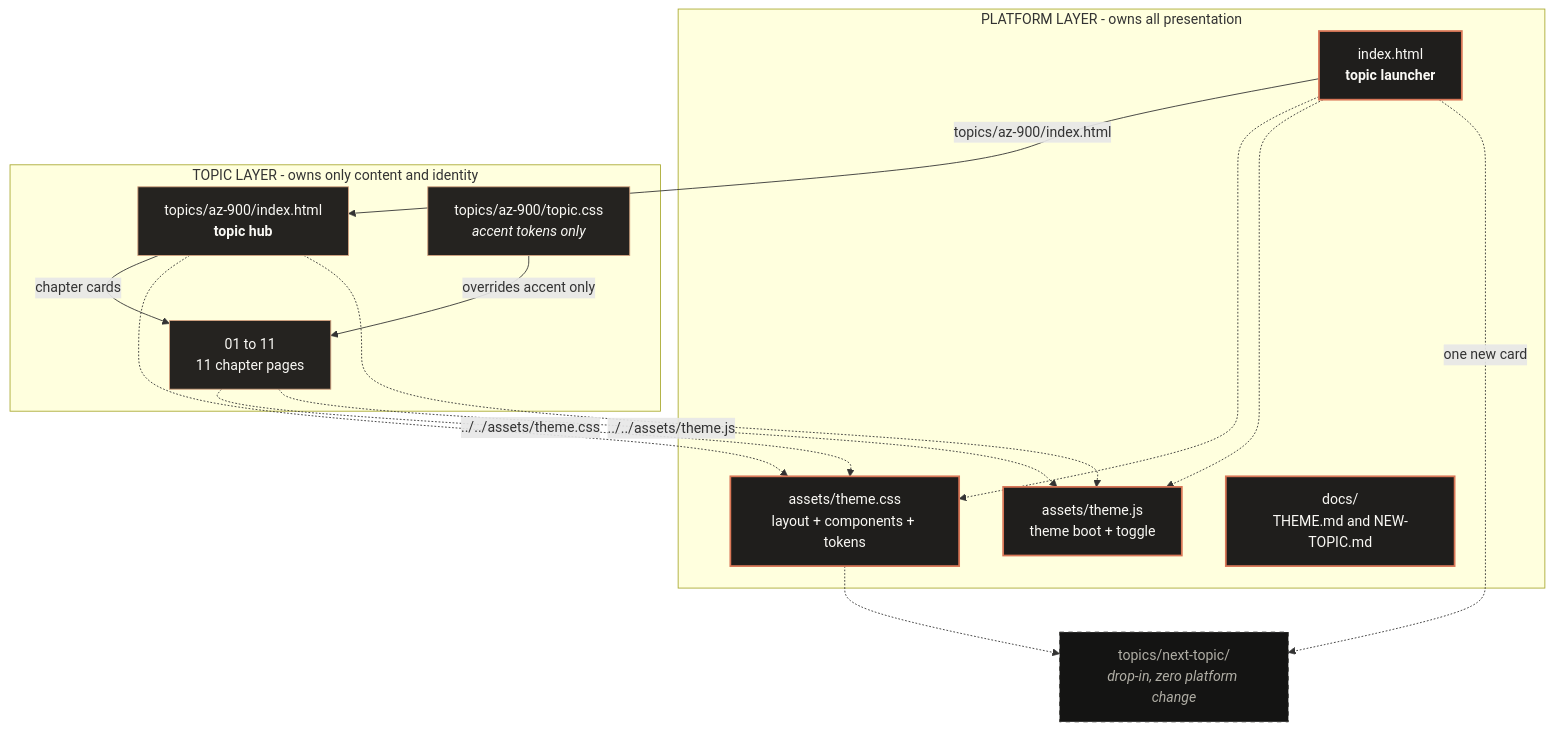
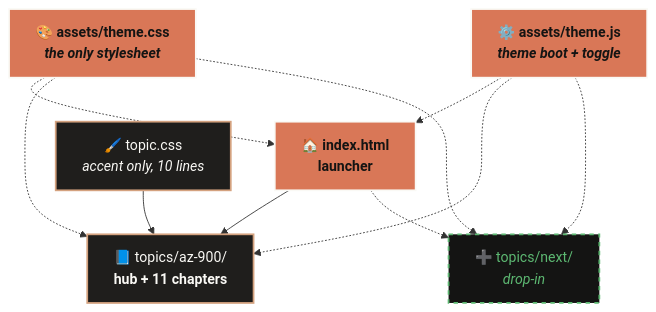
One commit to debsumar/Debanjans-learning-system changed the first of 3 diagrams in README.md. Above: the diagram before and after it, drawn with Mermaid. The commit also changed other lines of this file, not shown here.

````diff
--- a/README.md
+++ b/README.md
@@ -100,36 +32,22 @@
 ```mermaid
 graph TD
-  subgraph PLATFORM["PLATFORM LAYER - owns all presentation"]
-    LAUNCH["index.html<br/><b>topic launcher</b>"]
-    CSS["assets/theme.css<br/>layout + components + tokens"]
-    JS["assets/theme.js<br/>theme boot + toggle"]
-    DOCS["docs/<br/>THEME.md and NEW-TOPIC.md"]
-  end
+  L["🏠 index.html<br/><b>launcher</b>"]
+  C["🎨 assets/theme.css<br/><i>the only stylesheet</i>"]
+  J["⚙️ assets/theme.js<br/><i>theme boot + toggle</i>"]
+  H["📘 topics/az-900/<br/><b>hub + 11 chapters</b>"]
+  T["🖌️ topic.css<br/><i>accent only, 10 lines</i>"]
+  F["➕ topics/next/<br/><i>drop-in</i>"]
 
-  subgraph TOPIC["TOPIC LAYER - owns only content and identity"]
-    HUB["topics/az-900/index.html<br/><b>topic hub</b>"]
-    TCSS["topics/az-900/topic.css<br/><i>accent tokens only</i>"]
-    P1["01 to 11<br/>11 chapter pages"]
-  end
+  L --> H
+  L -.-> F
+  C -.-> L & H & F
+  J -.-> L & H & F
+  T --> H
 
-  FUTURE["topics/next-topic/<br/><i>drop-in, zero platform change</i>"]
-
-  LAUNCH -->|"topics/az-900/index.html"| HUB
-  HUB -->|"chapter cards"| P1
-  P1 -.->|"../../assets/theme.css"| CSS
-  P1 -.->|"../../assets/theme.js"| JS
-  HUB -.-> CSS
-  HUB -.-> JS
-  LAUNCH -.-> CSS
-  LAUNCH -.-> JS
-  TCSS -->|"overrides accent only"| P1
-  LAUNCH -.->|"one new card"| FUTURE
-  CSS -.-> FUTURE
-
-  classDef plat fill:#1f1e1c,stroke:#d97757,stroke-width:2px,color:#faf9f5
-  classDef top fill:#252320,stroke:#d4a27f,color:#faf9f5
-  classDef fut fill:#141413,stroke:#3d3d3a,color:#b0aea5,stroke-dasharray: 5 5
-  class LAUNCH,CSS,JS,DOCS plat
-  class HUB,TCSS,P1 top
-  class FUTURE fut
+  classDef p fill:#d97757,stroke:#faf9f5,stroke-width:2px,color:#141413,font-weight:bold
+  classDef t fill:#1f1e1c,stroke:#d4a27f,stroke-width:2px,color:#faf9f5
+  classDef f fill:#141413,stroke:#5db872,stroke-width:2px,color:#5db872,stroke-dasharray:5 5
+  class L,C,J p
+  class H,T t
+  class F f
 ```
````
